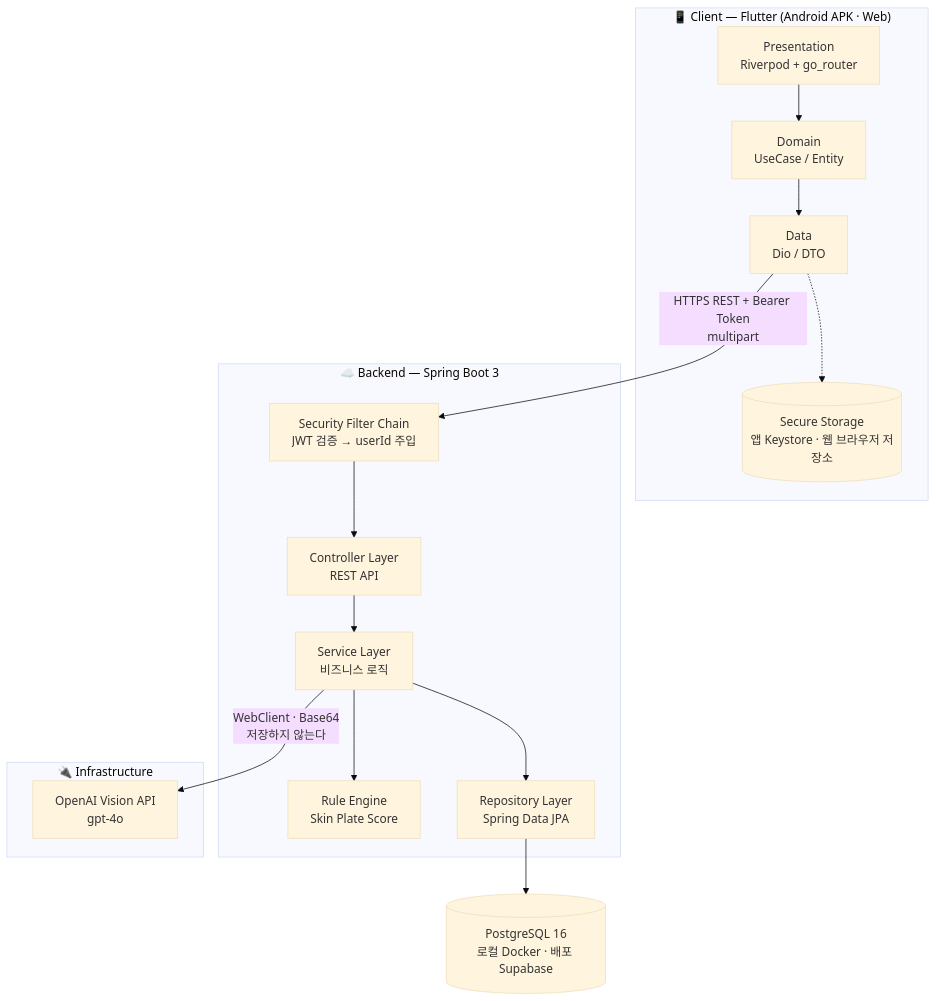
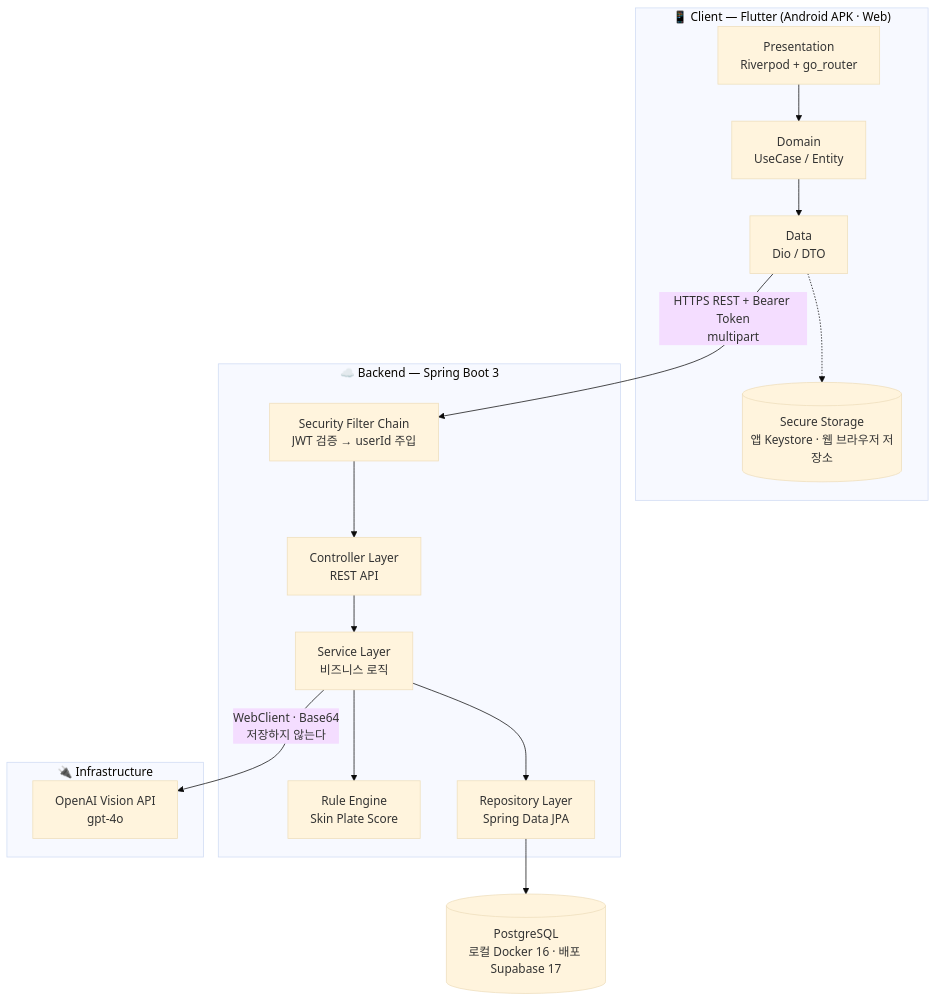
The third of 8 diagrams in SkinPlate_PRD.md (LikeLion-DU/Skinpick-backend), drawn with Mermaid (base theme) before and after one commit. The commit also changed other lines of this file and 1 other file, not shown here.

First line of the commit message:
docs(infra): Supabase 실연결 검증 결과 반영 — PG 17.6 · IPv4 · TLS

````diff
--- a/SkinPlate_PRD.md
+++ b/SkinPlate_PRD.md
@@ -529,33 +529,33 @@
 ```mermaid
 flowchart TB
     subgraph Client["📱 Client — Flutter (Android APK · Web)"]
         UI[Presentation<br/>Riverpod + go_router]
         DOM[Domain<br/>UseCase / Entity]
         DATA[Data<br/>Dio / DTO]
         TOKEN[(Secure Storage<br/>앱 Keystore · 웹 브라우저 저장소)]
         UI --> DOM --> DATA
         DATA -.-> TOKEN
     end
 
     subgraph Server["☁️ Backend — Spring Boot 3"]
         SEC[Security Filter Chain<br/>JWT 검증 → userId 주입]
         CTRL[Controller Layer<br/>REST API]
         SVC[Service Layer<br/>비즈니스 로직]
         ENGINE[Rule Engine<br/>Skin Plate Score]
         REPO[Repository Layer<br/>Spring Data JPA]
         SEC --> CTRL
         CTRL --> SVC
         SVC --> ENGINE
         SVC --> REPO
     end
 
     subgraph Infra["🔌 Infrastructure"]
         OPENAI[OpenAI Vision API<br/>gpt-4o]
     end
 
-    DB[(PostgreSQL 16<br/>로컬 Docker · 배포 Supabase)]
+    DB[(PostgreSQL<br/>로컬 Docker 16 · 배포 Supabase 17)]
 
     DATA -->|"HTTPS REST + Bearer Token<br/>multipart"| SEC
     SVC -->|"WebClient · Base64<br/>저장하지 않는다"| OPENAI
     REPO --> DB
 ```
````
